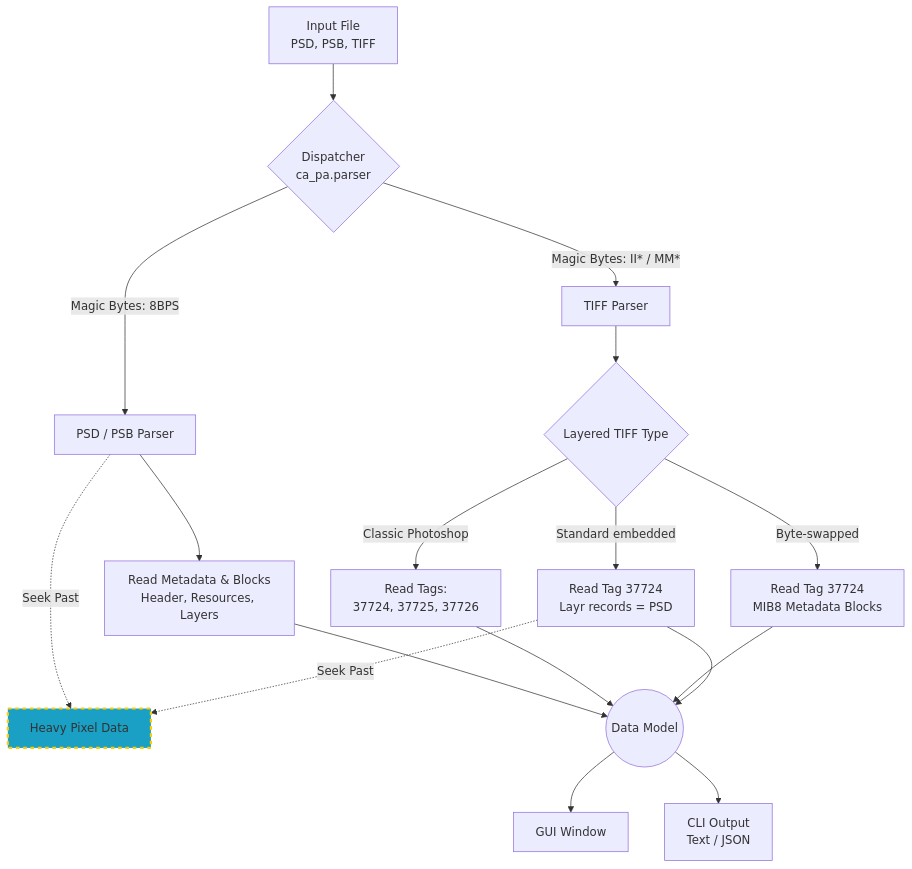
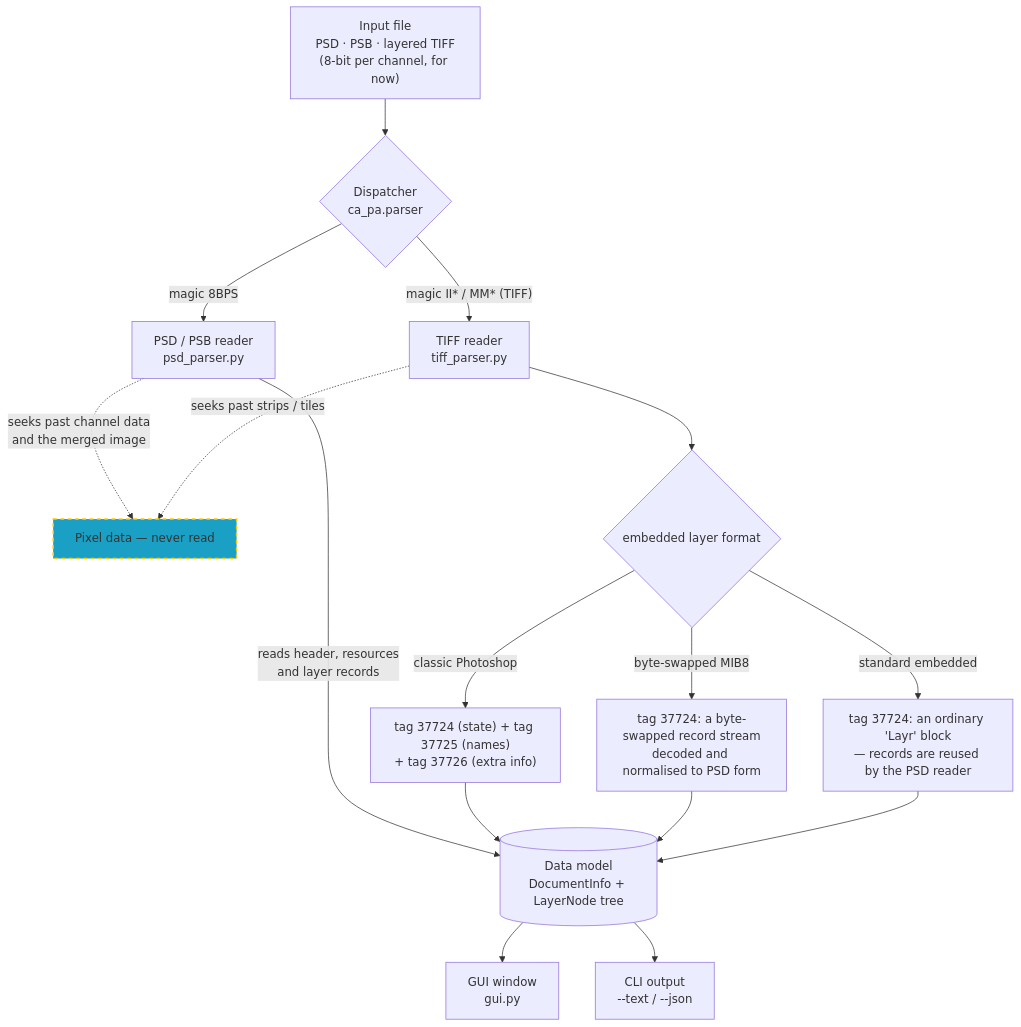
Before and after one commit to cuarentaysiete/ca-pa: the first of 3 diagrams in README.md, drawn with Mermaid. The commit also changed other lines of this file, not shown here.

First line of the commit message:
README: redraw the mermaid diagrams and document the 8-bit limit

````diff
--- a/README.md
+++ b/README.md
@@ -55,27 +56,25 @@
 ```mermaid
 graph TD
-    A[Input File<br/>PSD, PSB, TIFF] --> B{Dispatcher<br/>ca_pa.parser}
-    
-    B -->|Magic Bytes: 8BPS| C[PSD / PSB Parser]
-    B -->|Magic Bytes: II* / MM*| D[TIFF Parser]
-    
-    C --> E[Read Metadata & Blocks<br/>Header, Resources, Layers]
-    C -.->|Seek Past| F[Heavy Pixel Data]
-    
-    D --> G{Layered TIFF Type}
-    G -->|Classic Photoshop| H[Read Tags:<br/>37724, 37725, 37726]
-    G -->|Byte-swapped| I[Read Tag 37724<br/>MIB8 Metadata Blocks]
-    G -->|Standard embedded| M[Read Tag 37724<br/>Layr records = PSD]
+    A["Input file<br/>PSD · PSB · layered TIFF<br/>(8-bit per channel, for now)"] --> B{"Dispatcher<br/>ca_pa.parser"}
 
-    E --> J((Data Model))
+    B -->|"magic 8BPS"| C["PSD / PSB reader<br/>psd_parser.py"]
+    B -->|"magic II* / MM*  (TIFF)"| D["TIFF reader<br/>tiff_parser.py"]
+
+    C -->|"reads header, resources<br/>and layer records"| J[("Data model<br/>DocumentInfo + LayerNode tree")]
+    C -.->|"seeks past channel data<br/>and the merged image"| F["Pixel data — never read"]
+
+    D --> G{"embedded layer format"}
+    G -->|"classic Photoshop"| H["tag 37724 (state) + tag 37725 (names)<br/>+ tag 37726 (extra info)"]
+    G -->|"byte-swapped MIB8"| I["tag 37724: a byte-swapped record stream<br/>decoded and normalised to PSD form"]
+    G -->|"standard embedded"| M["tag 37724: an ordinary 'Layr' block<br/>— records are reused by the PSD reader"]
     H --> J
     I --> J
-    M -.->|Seek Past| F
     M --> J
-    
-    J --> K[GUI Window]
-    J --> L[CLI Output<br/>Text / JSON]
-    
-    classDef skip fill:#19a0c4,stroke:#fc0,stroke-width:3px,stroke-dasharray: 5 5;
+    D -.->|"seeks past strips / tiles"| F
+
+    J --> K["GUI window<br/>gui.py"]
+    J --> L["CLI output<br/>--text / --json"]
+
+    classDef skip fill:#19a0c4,stroke:#fc0,stroke-width:2px,stroke-dasharray:5 5;
     class F skip;
 ```
````
